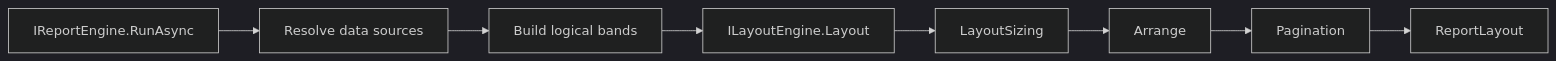
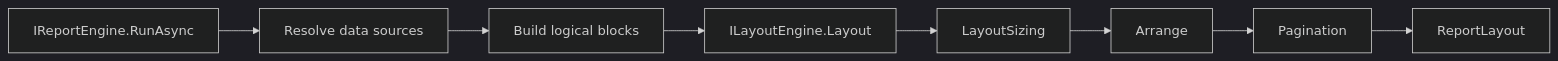
Before and after one commit to Netcodr81/kinetic-reports: the diagram in docs/05-api-engine-layout.md, drawn with Mermaid (dark theme). The commit also changed other lines of this file and 49 other files, not shown here.

````diff
--- a/docs/05-api-engine-layout.md
+++ b/docs/05-api-engine-layout.md
@@ -41,10 +41,10 @@
 ```mermaid
 flowchart LR
 	A[IReportEngine.RunAsync] --> B[Resolve data sources]
-	B --> C[Build logical bands]
+	B --> C[Build logical blocks]
 	C --> D[ILayoutEngine.Layout]
 	D --> E[LayoutSizing]
 	E --> F[Arrange]
 	F --> G[Pagination]
 	G --> H[ReportLayout]
 ```
````
